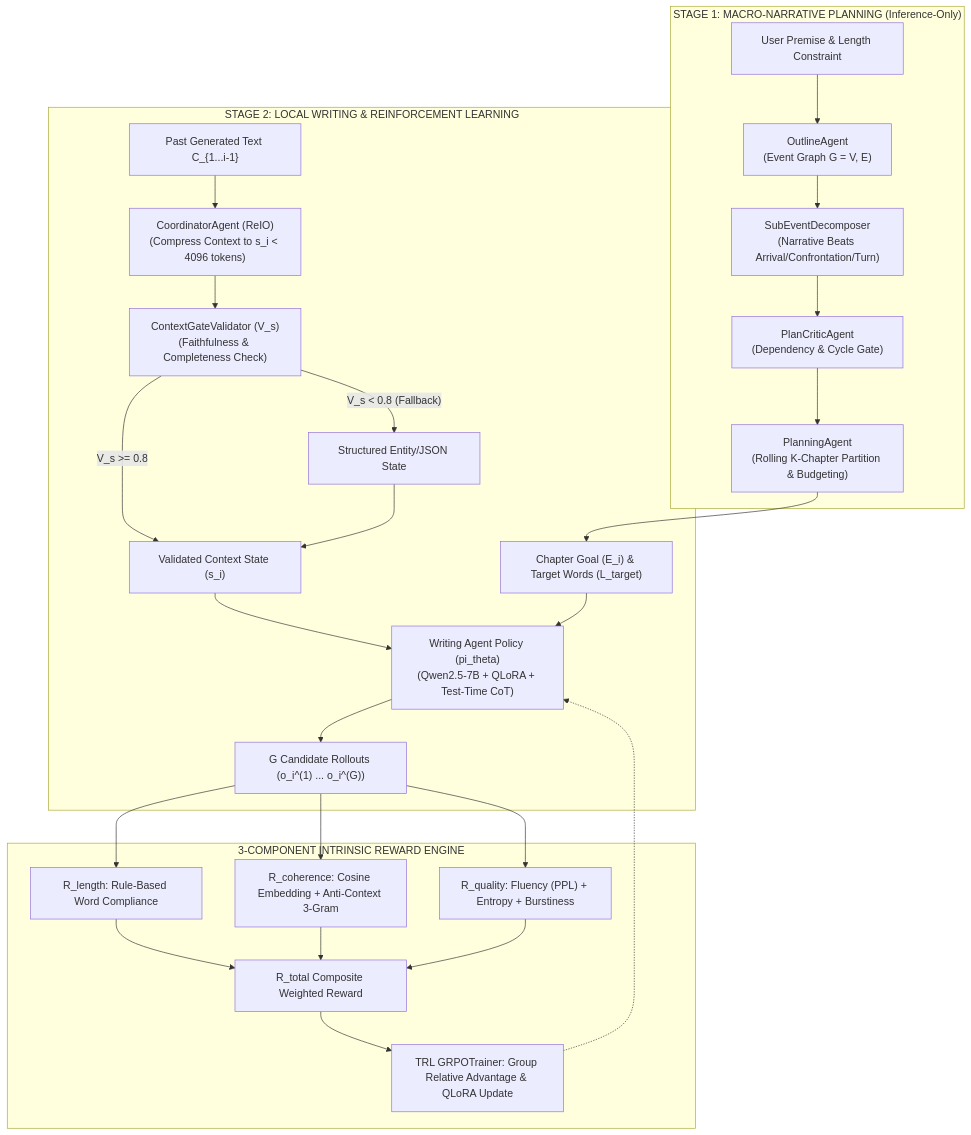
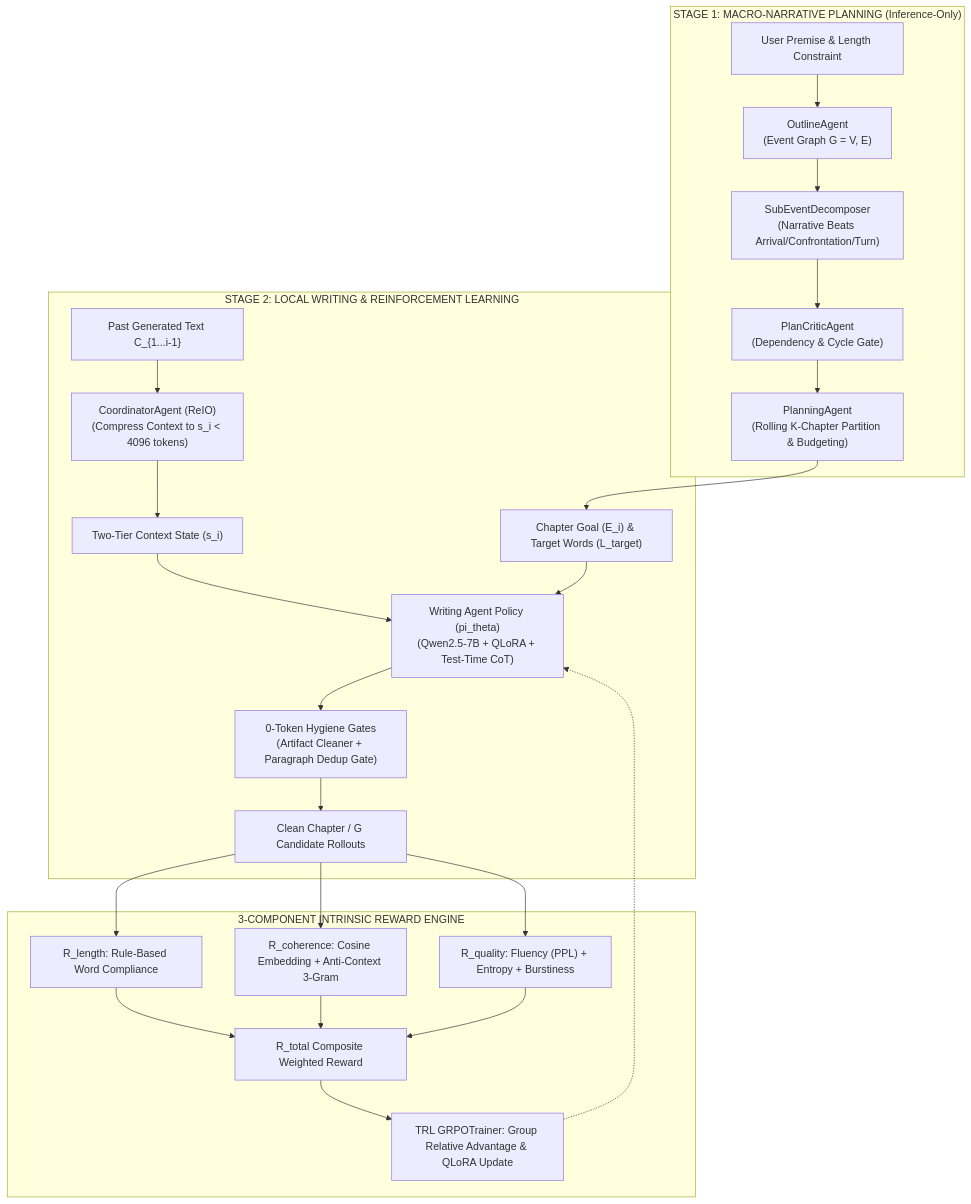
The first of 3 diagrams in architecture.md (AIVIETNAM-AIO-TruongDogki/MA_GRPO), drawn with Mermaid before and after one commit. The commit also changed other lines of this file and 31 other files, not shown here.

Commit message:
feat: add 3 benchmark suites, remove ContextGateValidator, add 0-token cleaner/dedup & sample3 outline+dataset notebook

````diff
--- a/architecture.md
+++ b/architecture.md
@@ -11,37 +11,34 @@
 ```mermaid
 flowchart TD
     subgraph STAGE1 ["STAGE 1: MACRO-NARRATIVE PLANNING (Inference-Only)"]
         UserPremise["User Premise & Length Constraint"] --> OutlineAgent["OutlineAgent<br/>(Event Graph G = V, E)"]
         OutlineAgent --> SubEventDecomposer["SubEventDecomposer<br/>(Narrative Beats Arrival/Confrontation/Turn)"]
         SubEventDecomposer --> PlanCritic["PlanCriticAgent<br/>(Dependency & Cycle Gate)"]
         PlanCritic --> PlanningAgent["PlanningAgent<br/>(Rolling K-Chapter Partition & Budgeting)"]
     end
 
     subgraph STAGE2 ["STAGE 2: LOCAL WRITING & REINFORCEMENT LEARNING"]
         PlanningAgent --> ChapterBlueprint["Chapter Goal (E_i) & Target Words (L_target)"]
         History["Past Generated Text C_{1...i-1}"] --> Coordinator["CoordinatorAgent (ReIO)<br/>(Compress Context to s_i < 4096 tokens)"]
-        Coordinator --> Validator["ContextGateValidator (V_s)<br/>(Faithfulness & Completeness Check)"]
+        Coordinator --> ContextState["Two-Tier Context State (s_i)"]
         
-        Validator -- "V_s >= 0.8" --> ValidatedContext["Validated Context State (s_i)"]
-        Validator -- "V_s < 0.8 (Fallback)" --> FallbackExtraction["Structured Entity/JSON State"]
-        FallbackExtraction --> ValidatedContext
-        
-        ValidatedContext --> WritingAgent["Writing Agent Policy (pi_theta)<br/>(Qwen2.5-7B + QLoRA + Test-Time CoT)"]
+        ContextState --> WritingAgent["Writing Agent Policy (pi_theta)<br/>(Qwen2.5-7B + QLoRA + Test-Time CoT)"]
         ChapterBlueprint --> WritingAgent
         
-        WritingAgent --> Rollouts["G Candidate Rollouts (o_i^(1) ... o_i^(G))"]
+        WritingAgent --> PostGate["0-Token Hygiene Gates<br/>(Artifact Cleaner + Paragraph Dedup Gate)"]
+        PostGate --> Rollouts["Clean Chapter / G Candidate Rollouts"]
     end
 
     subgraph REWARDS ["3-COMPONENT INTRINSIC REWARD ENGINE"]
         Rollouts --> R_Len["R_length: Rule-Based Word Compliance"]
         Rollouts --> R_Coh["R_coherence: Cosine Embedding + Anti-Context 3-Gram"]
         Rollouts --> R_Qual["R_quality: Fluency (PPL) + Entropy + Burstiness"]
         
         R_Len --> R_Total["R_total Composite Weighted Reward"]
         R_Coh --> R_Total
         R_Qual --> R_Total
         
         R_Total --> GRPO_Update["TRL GRPOTrainer: Group Relative Advantage & QLoRA Update"]
         GRPO_Update -.-> WritingAgent
     end
 ```
````
